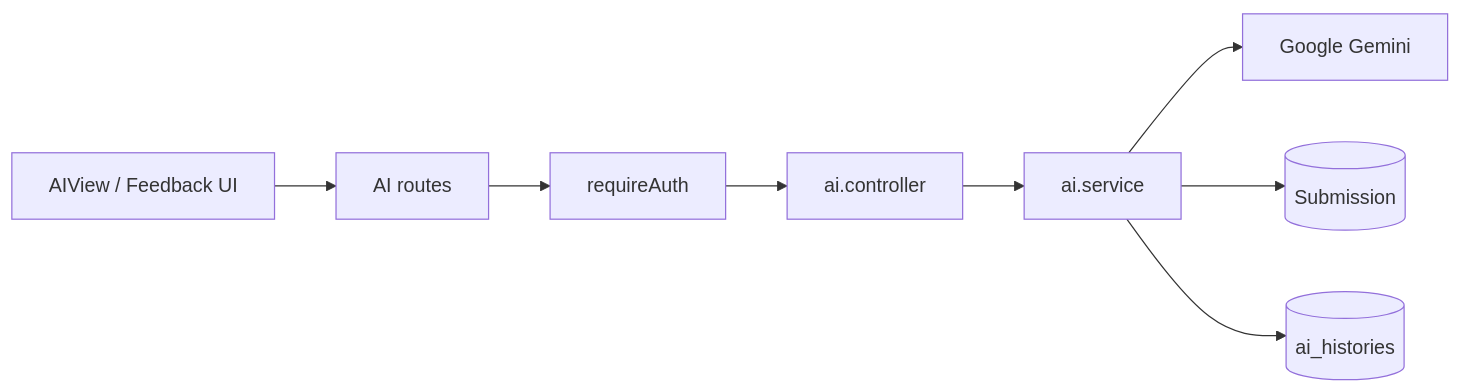
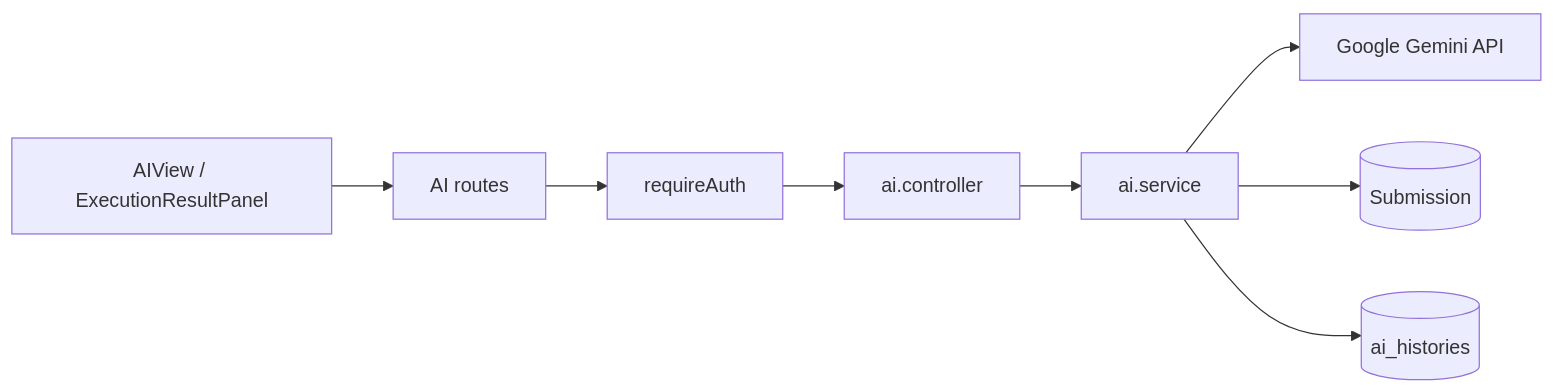
One commit to JamesHarrision/fessior-oj-backend changed diagram 12 of 14 in docs/feature-flows.md. Above: the diagram before and after it, drawn with Mermaid. The commit also changed other lines of this file and 1 other file, not shown here.

````diff
--- a/docs/feature-flows.md
+++ b/docs/feature-flows.md
@@ -366,10 +371,10 @@
 ```mermaid
 flowchart LR
-  FE[AIView / Feedback UI] --> API[AI routes]
+  FE[AIView / ExecutionResultPanel] --> API[AI routes]
   API --> Auth[requireAuth]
   Auth --> Controller[ai.controller]
   Controller --> Service[ai.service]
-  Service --> Gemini[Google Gemini]
+  Service --> Gemini[Google Gemini API]
   Service --> Mongo[(Submission)]
   Service --> MySQL[(ai_histories)]
 ```
````
